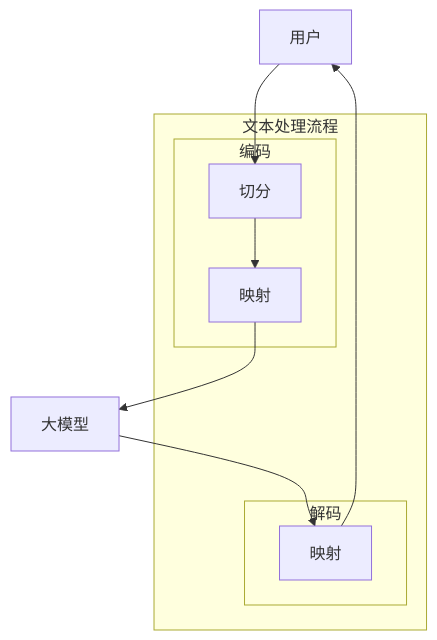
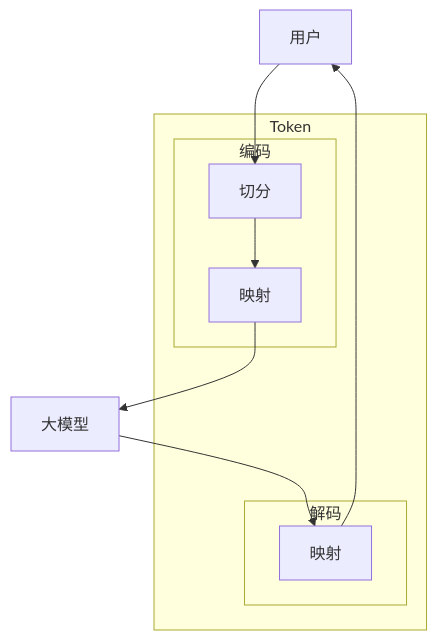
One commit to wangxiaoqi0123/iodraw-files changed the diagram in all/未命名.md. Above: the diagram before and after it, drawn with Mermaid.

Commit message:
2026-04-09 16:54:52 update

````diff
--- a/all/未命名.md
+++ b/all/未命名.md
@@ -1,28 +1,28 @@
 ```mermaid
 flowchart 
     U[用户]
     M[大模型]
 
     %% 外层包裹：文本处理阶段
-    subgraph Pipeline[文本处理流程]
+    subgraph Pipeline[Token]
         
         %% 编码模块
         subgraph Encoder[编码]
             E1[切分]
             E2[映射]
         end
 
         %% 解码模块
         subgraph Decoder[解码]
             D1[映射]
         end
 
     end
 
     %% 流程连接
     U --> E1
     E1 --> E2
     E2 --> M
     M --> D1
     D1 --> U
 ```
````
